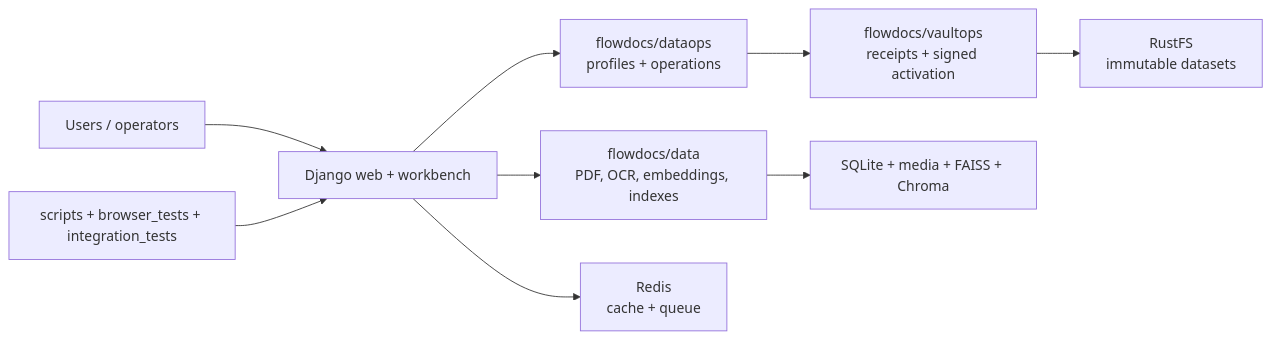
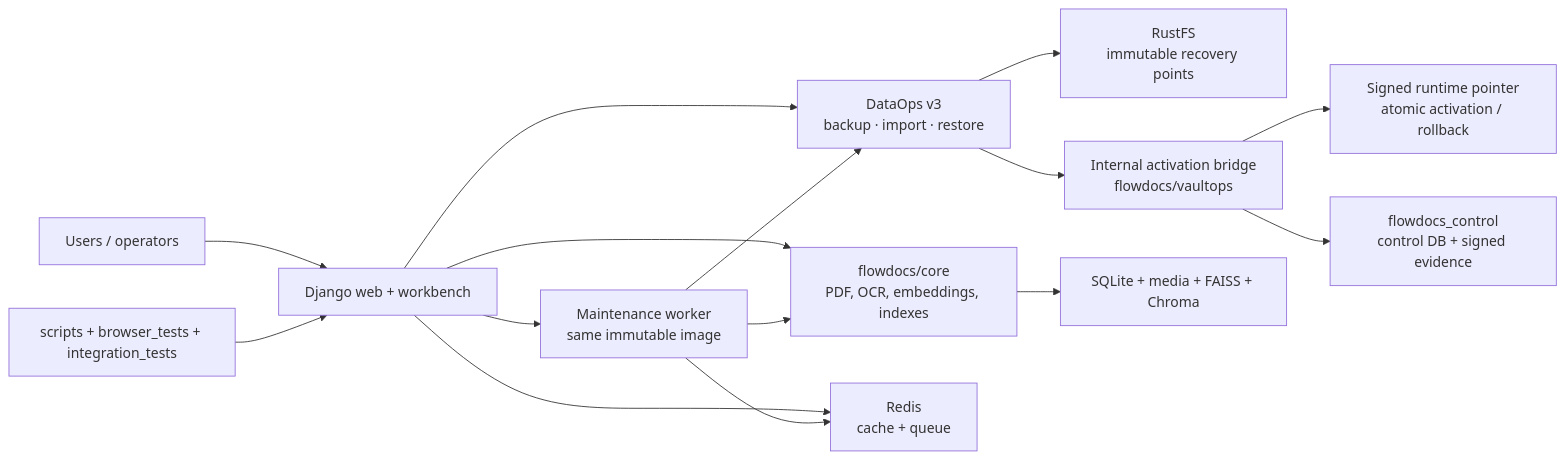
The diagram in README.md (Nimble-esolutions/PdfSearch), drawn with Mermaid before and after one commit. The commit also changed other lines of this file and 51 other files, not shown here.

Commit message:
docs: reconcile DataOps and VaultOps architecture truth

````diff
--- a/README.md
+++ b/README.md
@@ -157,11 +156,17 @@
 ```mermaid
 flowchart LR
   U["Users / operators"] --> W["Django web + workbench"]
-  W --> D["flowdocs/data<br/>PDF, OCR, embeddings, indexes"]
-  W --> O["flowdocs/dataops<br/>profiles + operations"]
-  O --> V["flowdocs/vaultops<br/>receipts + signed activation"]
-  V --> R["RustFS<br/>immutable datasets"]
+  W --> M["Maintenance worker<br/>same immutable image"]
+  W --> D["flowdocs/core<br/>PDF, OCR, embeddings, indexes"]
+  M --> D
+  W --> O["DataOps v3<br/>backup · import · restore"]
+  M --> O
+  O --> R["RustFS<br/>immutable recovery points"]
+  O --> V["Internal activation bridge<br/>flowdocs/vaultops"]
+  V --> P["Signed runtime pointer<br/>atomic activation / rollback"]
   D --> Q["SQLite + media + FAISS + Chroma"]
+  V --> X["flowdocs_control<br/>control DB + signed evidence"]
   W --> C["Redis<br/>cache + queue"]
+  M --> C
   T["scripts + browser_tests + integration_tests"] --> W
 ```
````
